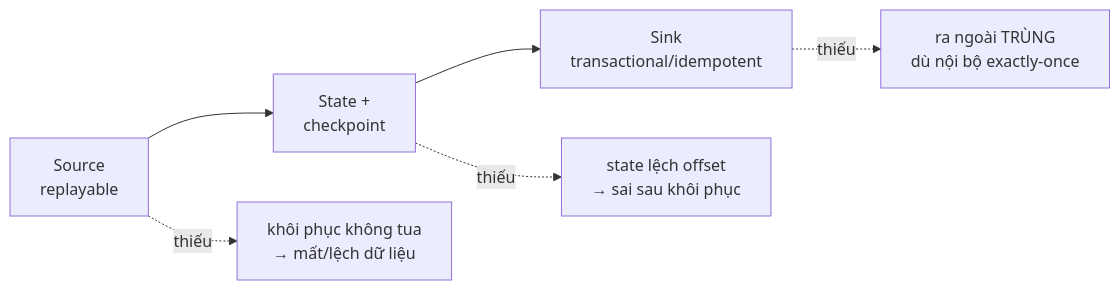
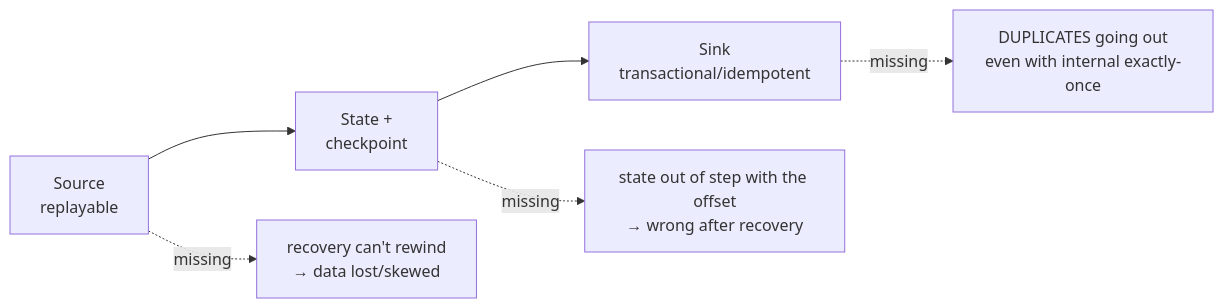
Before and after one commit to vuhoang001/knowledge: the second of 2 diagrams in i18n/en/docusaurus-plugin-content-docs/current/etl/flink/reference/exactly-once.md, drawn with Mermaid. The commit also changed other lines of this file and 21 other files, not shown here.

````diff
--- a/i18n/en/docusaurus-plugin-content-docs/current/etl/flink/reference/exactly-once.md
+++ b/i18n/en/docusaurus-plugin-content-docs/current/etl/flink/reference/exactly-once.md
@@ -169,7 +168,7 @@
 ```mermaid
 flowchart LR
   A["Source<br/>replayable"] --> B["State +<br/>checkpoint"] --> C["Sink<br/>transactional/idempotent"]
-  A -. thiếu .-> A2["khôi phục không tua<br/>→ mất/lệch dữ liệu"]
-  B -. thiếu .-> B2["state lệch offset<br/>→ sai sau khôi phục"]
-  C -. thiếu .-> C2["ra ngoài TRÙNG<br/>dù nội bộ exactly-once"]
+  A -. missing .-> A2["recovery can't rewind<br/>→ data lost/skewed"]
+  B -. missing .-> B2["state out of step with the offset<br/>→ wrong after recovery"]
+  C -. missing .-> C2["DUPLICATES going out<br/>even with internal exactly-once"]
 ```
````
